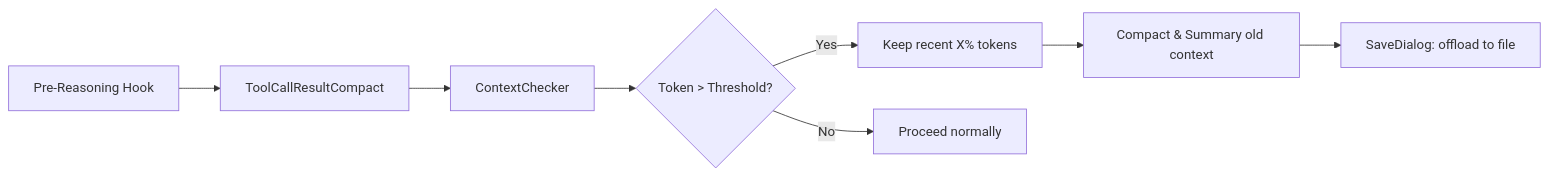
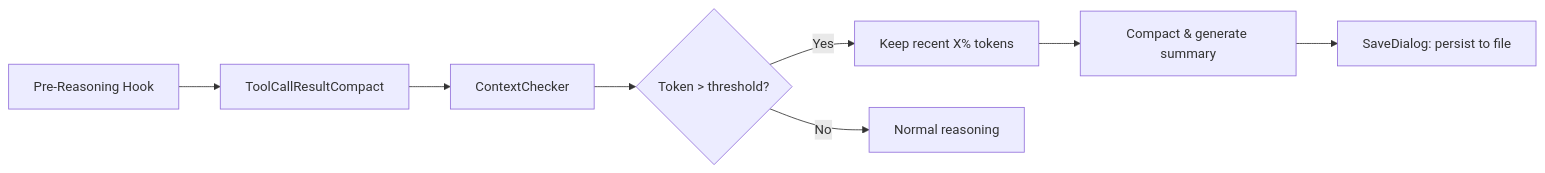
One commit to lllyyysss77/ReMe changed the second of 7 diagrams in docs/copaw_context_design.md. Above: the diagram before and after it, drawn with Mermaid. The commit also changed other lines of this file and 3 other files, not shown here.

````diff
--- a/docs/copaw_context_design.md
+++ b/docs/copaw_context_design.md
@@ -39,10 +60,10 @@
 ```mermaid
 flowchart LR
     A[Pre-Reasoning Hook] --> B[ToolCallResultCompact]
     B --> C[ContextChecker]
-    C --> D{Token > Threshold?}
+    C --> D{Token > threshold?}
     D -->|Yes| E[Keep recent X% tokens]
-    E --> F[Compact & Summary old context]
-    F --> G[SaveDialog: offload to file]
-    D -->|No| H[Proceed normally]
+    E --> F[Compact & generate summary]
+    F --> G[SaveDialog: persist to file]
+    D -->|No| H[Normal reasoning]
 ```
````
